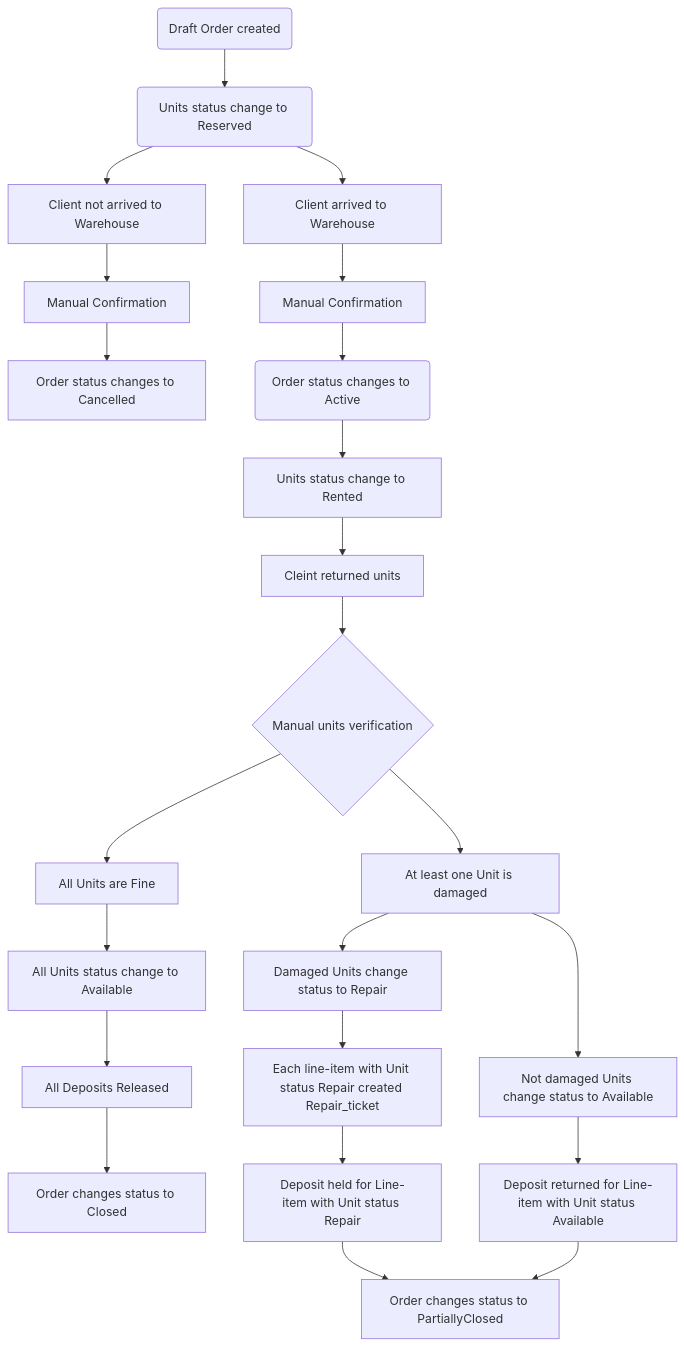
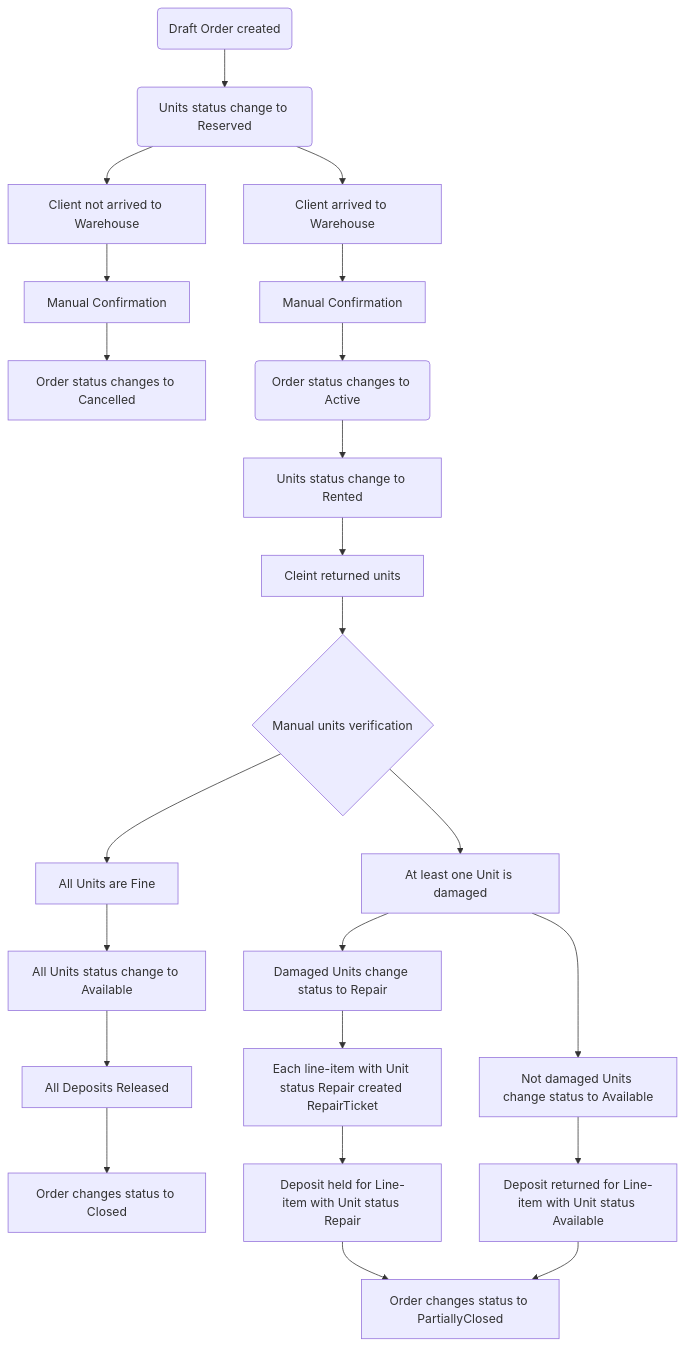
One commit to Diamko94/rentals1 changed the diagram in Flowchart.md. Above: the diagram before and after it, drawn with Mermaid.

````diff
--- a/Flowchart.md
+++ b/Flowchart.md
@@ -1,33 +1,33 @@
 ```mermaid
 flowchart TD
 
     %% Бронироваие
     A(Draft Order created) --> B(Units status change to Reserved)
 
     %% Выдача
     B --> G[Client arrived to Warehouse]
     G --> I[Manual Confirmation]
     B --> D[Client not arrived to Warehouse]
     D --> E[Manual Confirmation]
     E --> F[Order status changes to Cancelled]
     I --> J(Order status changes to Active)
 
     %% Возврат
     J --> X[Units status change to Rented]
     X --> K[Cleint returned units]
     K --> L{Manual units verification}
     L --> M[All Units are Fine] 
     M --> N[All Units status change to Available]
     L --> O[At least one Unit is damaged]
     O --> P[Damaged Units change status to Repair]
-    P --> R[Each line-item with Unit status Repair created Repair_ticket]
+    P --> R[Each line-item with Unit status Repair created RepairTicket]
     O --> T[Not damaged Units change status to Available]
 
     %% Расчет
     N --> Q[All Deposits Released]
     Q --> V[Order changes status to Closed]
     R --> S[Deposit held for Line-item with Unit status Repair]
     T --> U[Deposit returned for Line-item with Unit status Available]
     S --> W[Order changes status to PartiallyClosed]
     U --> W[Order changes status to PartiallyClosed]
 ```
````
